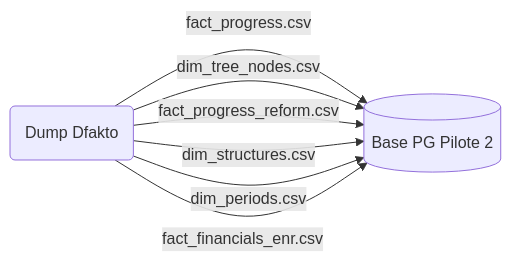
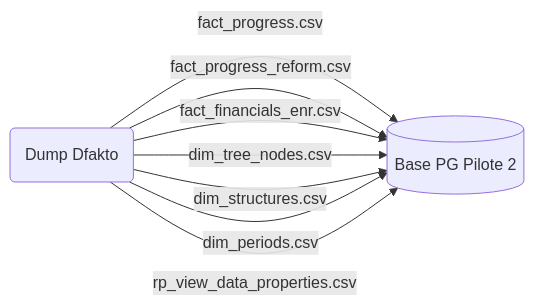
The third of 4 diagrams in data/README.md (DITP-pilotage/pilote-2), drawn with Mermaid before and after one commit. The commit also changed other lines of this file and 29 other files, not shown here.

````diff
--- a/data/README.md
+++ b/data/README.md
@@ -206,9 +177,10 @@
 ``` mermaid
 graph LR
 DFAK(Dump Dfakto) --> |fact_progress.csv| PG[(Base PG Pilote 2)]
+DFAK --> |fact_progress_reform.csv| PG
+DFAK --> |fact_financials_enr.csv| PG
 DFAK --> |dim_tree_nodes.csv| PG
-DFAK --> |fact_progress_reform.csv| PG
 DFAK --> |dim_structures.csv| PG
 DFAK --> |dim_periods.csv| PG
-DFAK --> |fact_financials_enr.csv| PG
+DFAK --> |rp_view_data_properties.csv| PG
 ```
````
